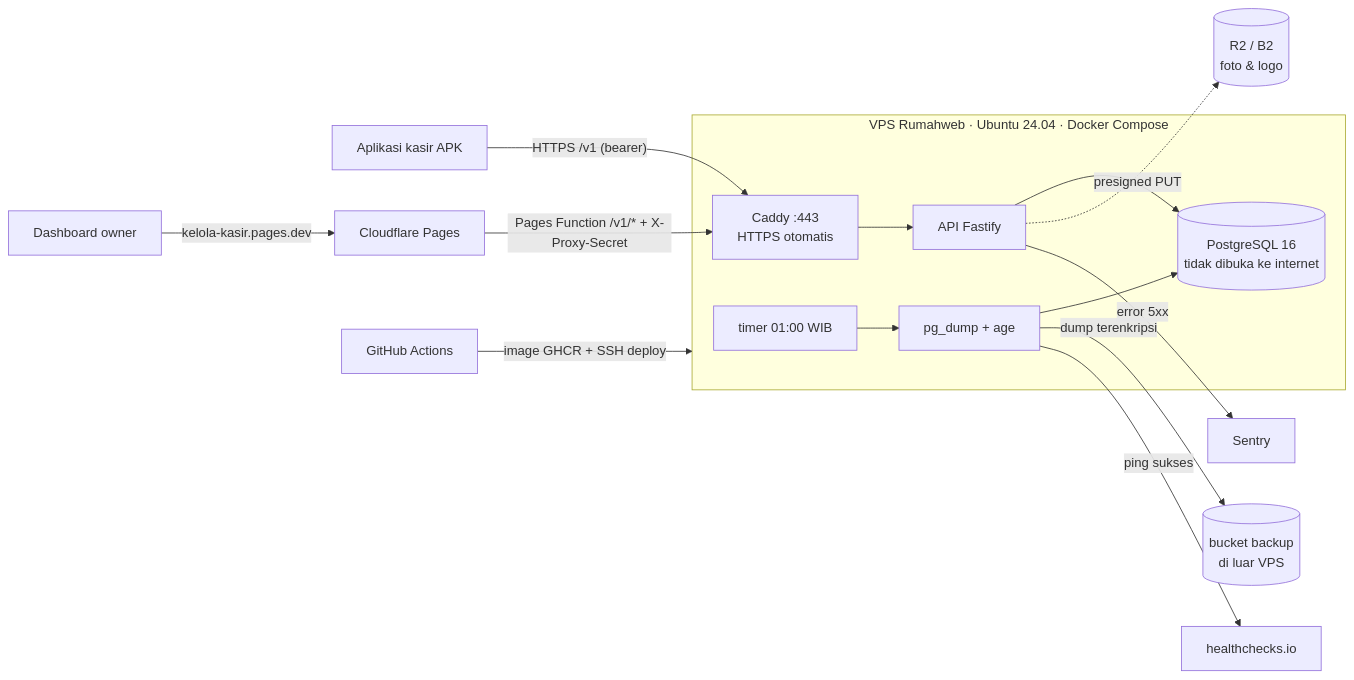
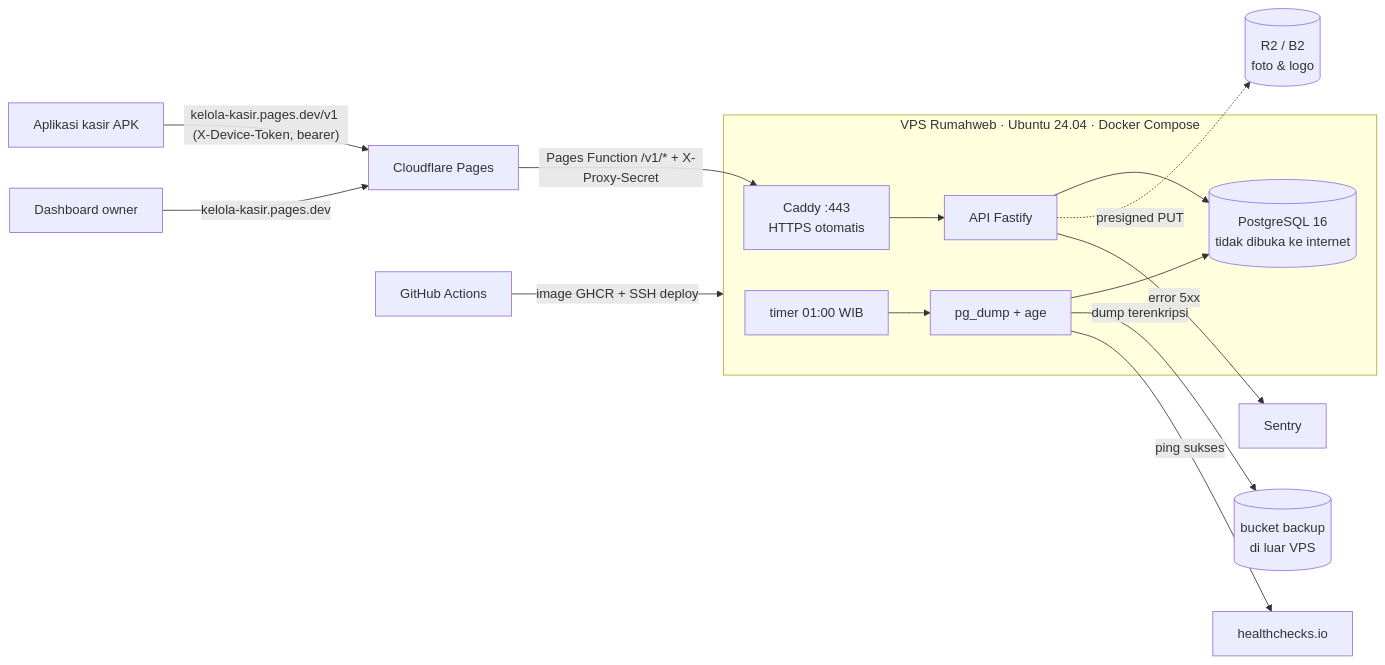
The diagram in docs/ops/deploy.md (simanjuntakalbert57/kelola-kasir), drawn with Mermaid before and after one commit. The commit also changed other lines of this file and 6 other files, not shown here.

First line of the commit message:
fix(dashboard): forward X-Device-Token so the kasir app can use the Pages proxy (DEAR-70)

````diff
--- a/docs/ops/deploy.md
+++ b/docs/ops/deploy.md
@@ -9,17 +9,17 @@
 ```mermaid
 flowchart LR
-  HP[Aplikasi kasir APK] -- "HTTPS /v1 (bearer)" --> Caddy
-  Browser[Dashboard owner] -- "kelola-kasir.pages.dev" --> Pages[Cloudflare Pages]
+  HP[Aplikasi kasir APK] -- "kelola-kasir.pages.dev/v1 (X-Device-Token, bearer)" --> Pages[Cloudflare Pages]
+  Browser[Dashboard owner] -- "kelola-kasir.pages.dev" --> Pages
   Pages -- "Pages Function /v1/* + X-Proxy-Secret" --> Caddy
   subgraph VPS[VPS Rumahweb · Ubuntu 24.04 · Docker Compose]
     Caddy[Caddy :443<br/>HTTPS otomatis] --> API[API Fastify]
     API --> DB[(PostgreSQL 16<br/>tidak dibuka ke internet)]
     Timer[timer 01:00 WIB] --> Backup[pg_dump + age]
     Backup --> DB
   end
   API -. "presigned PUT" .-> R2[(R2 / B2<br/>foto & logo)]
   Backup -- "dump terenkripsi" --> R2b[(bucket backup<br/>di luar VPS)]
   Backup -- "ping sukses" --> HC[healthchecks.io]
   GHA[GitHub Actions] -- "image GHCR + SSH deploy" --> VPS
   API -- "error 5xx" --> Sentry
 ```
````
